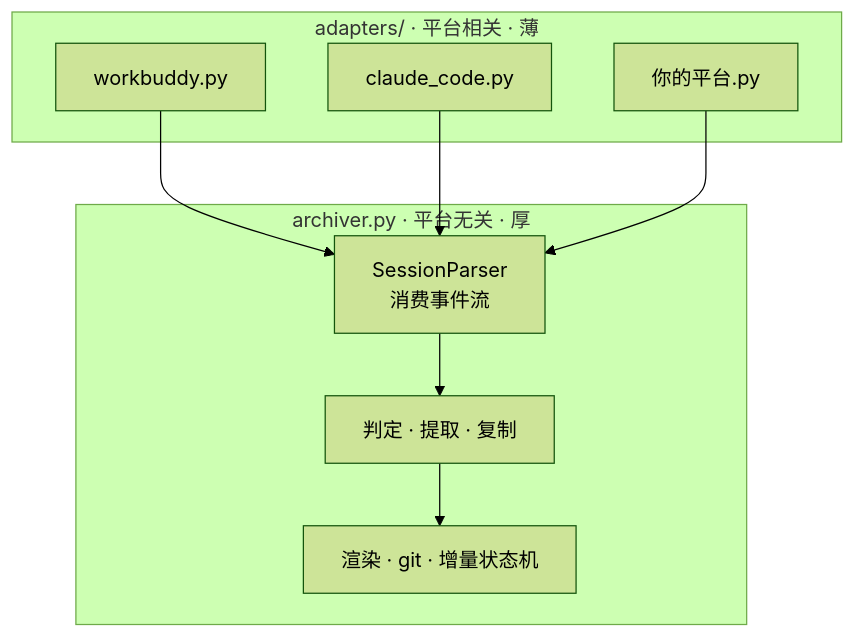
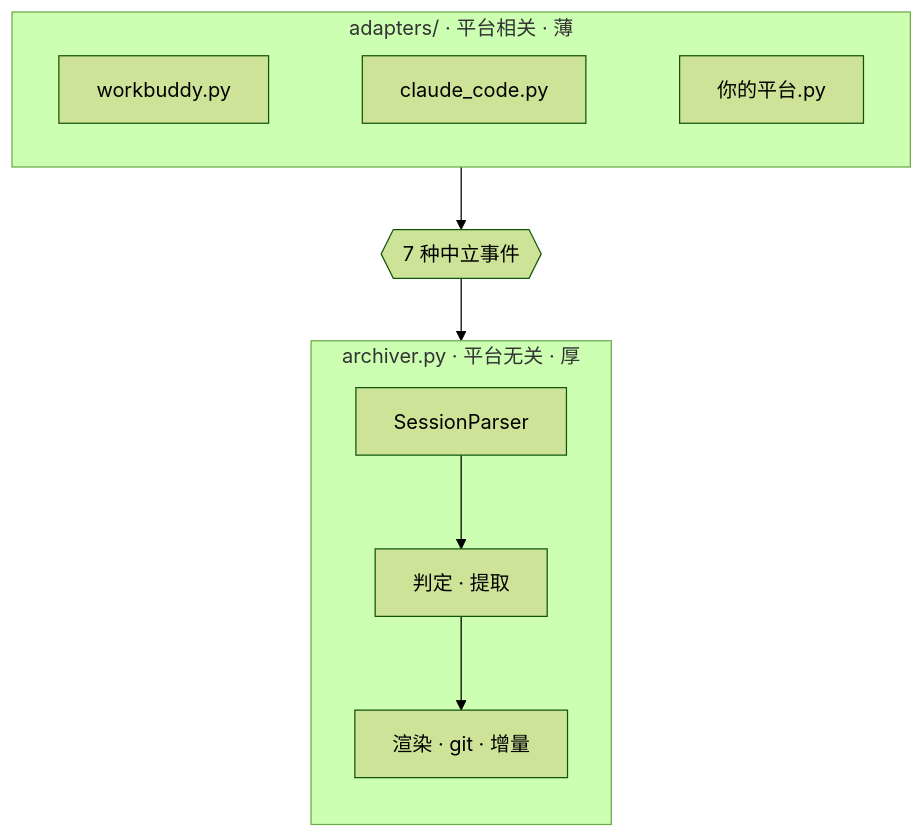
Before and after one commit to winrich/dev-project-archivist: the second of 2 diagrams in README.md, drawn with Mermaid (forest theme). The commit also changed other lines of this file and 1 other file, not shown here.

Commit message:
docs: 精修两张 mermaid 图，消除断字与错位
用 mermaid 官方渲染服务逐版出图核对，修掉三处排版缺陷：
- 流水线图的回环边导致节点阶梯错位 → 改为单行六节点，指纹库作为末节点
- 节点文字被折断（如「复制」单字成行）→ 节点标签改为两行短句
- 适配器图的汇聚箭头压住分组标题 → 中间插入「中立节点」承接
- 英文版单独调整换行（Render / git init、render / git · state）

四张图块与已验证版本逐字节比对通过。

````diff
--- a/README.md
+++ b/README.md
@@ -129,17 +125,16 @@
 ```mermaid
 flowchart TB
   subgraph AD["adapters/ · 平台相关 · 薄"]
+    direction LR
     W["workbuddy.py"]
     CC["claude_code.py"]
     MINE["你的平台.py"]
+    W ~~~ CC ~~~ MINE
   end
+  E{{"7 种中立事件"}}
   subgraph CORE["archiver.py · 平台无关 · 厚"]
-    P["SessionParser<br/>消费事件流"]
-    X["判定 · 提取 · 复制"]
-    R["渲染 · git · 增量状态机"]
+    direction TB
+    P["SessionParser"] --> X["判定 · 提取"] --> R["渲染 · git · 增量"]
   end
-  W --> P
-  CC --> P
-  MINE --> P
-  P --> X --> R
+  AD --> E --> CORE
 ```
````
